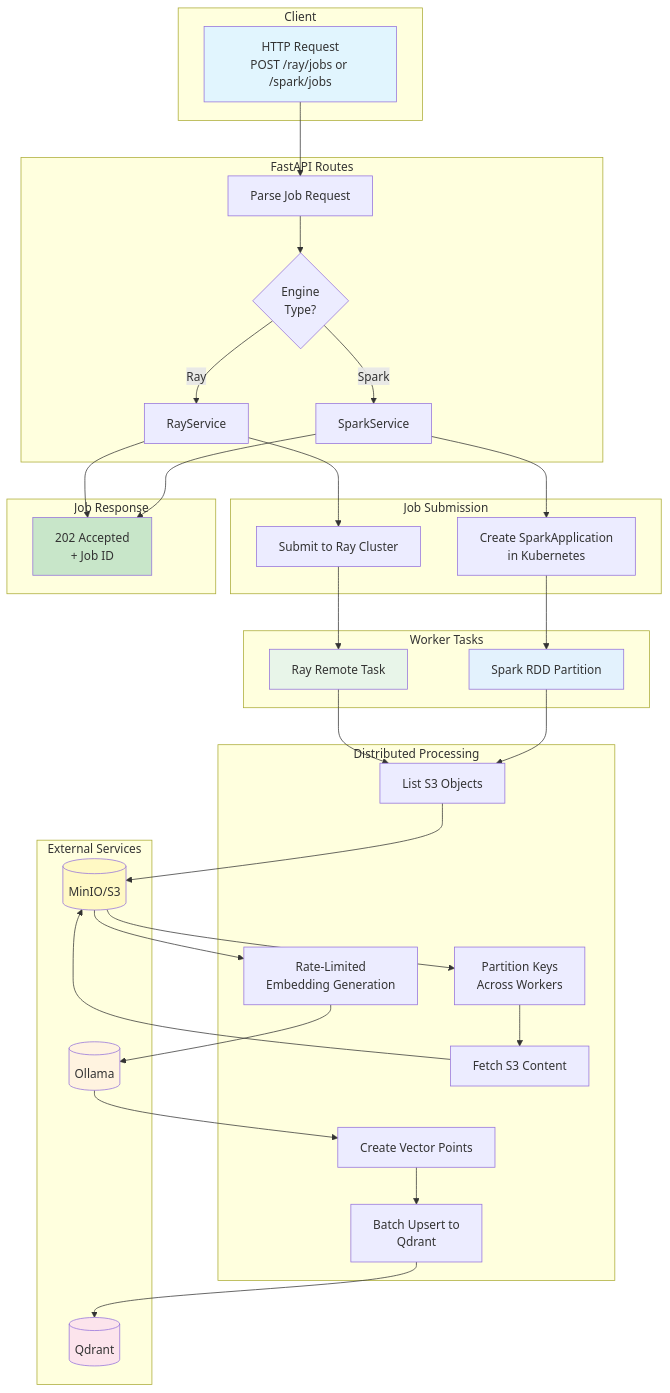
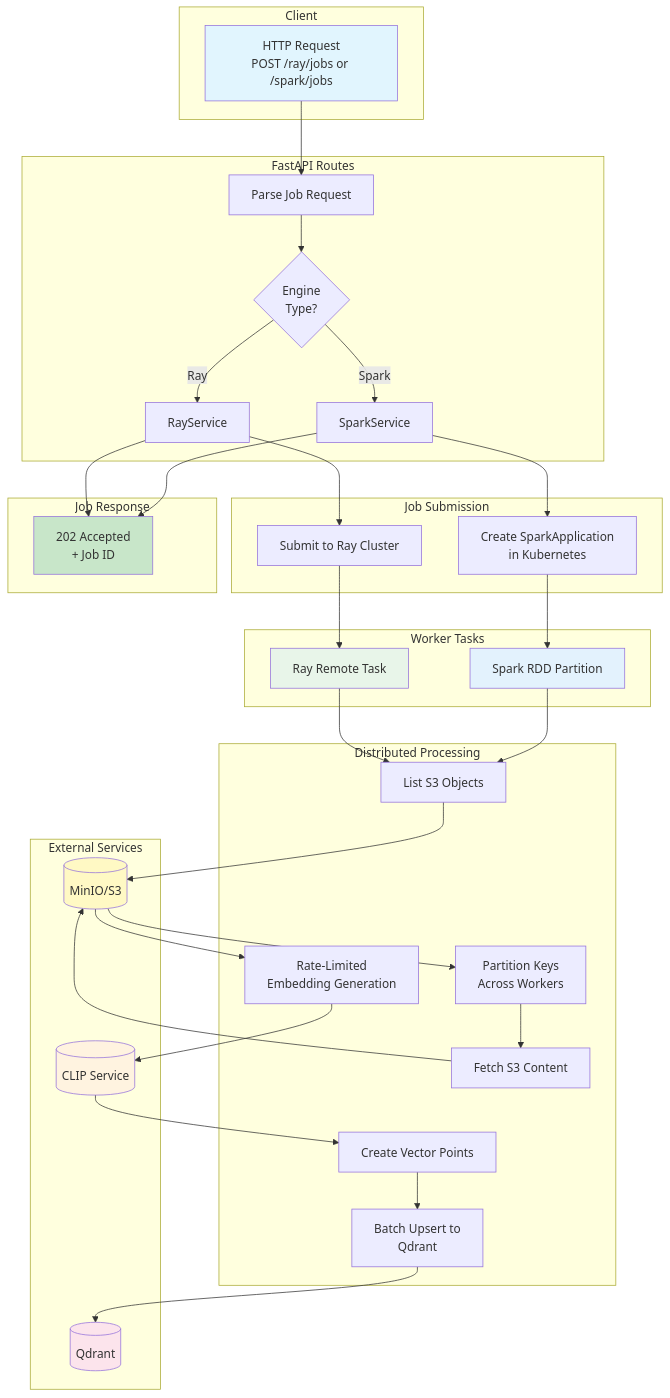
One commit to gt-sse-center/iNatInq changed the diagram in charts/ingestion-engine-flowchart.md. Above: the diagram before and after it, drawn with Mermaid. The commit also changed other lines of this file and 73 other files, not shown here.

````diff
--- a/charts/ingestion-engine-flowchart.md
+++ b/charts/ingestion-engine-flowchart.md
@@ -3,73 +3,73 @@
 ```mermaid
 flowchart TB
     subgraph Client
         A[HTTP Request<br/>POST /ray/jobs or /spark/jobs]
     end
 
     subgraph API["FastAPI Routes"]
         B[Parse Job Request]
         C{Engine<br/>Type?}
         D[RayService]
         E[SparkService]
     end
 
     subgraph JobSubmission["Job Submission"]
         F[Submit to Ray Cluster]
         G[Create SparkApplication<br/>in Kubernetes]
     end
 
     subgraph Processing["Distributed Processing"]
         H[List S3 Objects]
         I[Partition Keys<br/>Across Workers]
         J[Fetch S3 Content]
         K[Rate-Limited<br/>Embedding Generation]
         L[Create Vector Points]
         M[Batch Upsert to<br/>Qdrant]
     end
 
     subgraph Workers["Worker Tasks"]
         N[Ray Remote Task]
         O[Spark RDD Partition]
     end
 
     subgraph External["External Services"]
         P[(MinIO/S3)]
-        Q[(Ollama)]
+        Q[(CLIP Service)]
         R[(Qdrant)]
     end
 
     A --> B
     B --> C
     C -->|Ray| D
     C -->|Spark| E
     D --> F
     E --> G
     F --> N
     G --> O
     N --> H
     O --> H
     H --> P
     P --> I
     I --> J
     J --> P
     P --> K
     K --> Q
     Q --> L
     L --> M
     M --> R
 
     subgraph Response["Job Response"]
         T[202 Accepted<br/>+ Job ID]
     end
 
     D --> T
     E --> T
 
     style A fill:#e1f5fe
     style T fill:#c8e6c9
     style P fill:#fff9c4
     style Q fill:#fff3e0
     style R fill:#fce4ec
     style N fill:#e8f5e9
     style O fill:#e3f2fd
 ```
````
